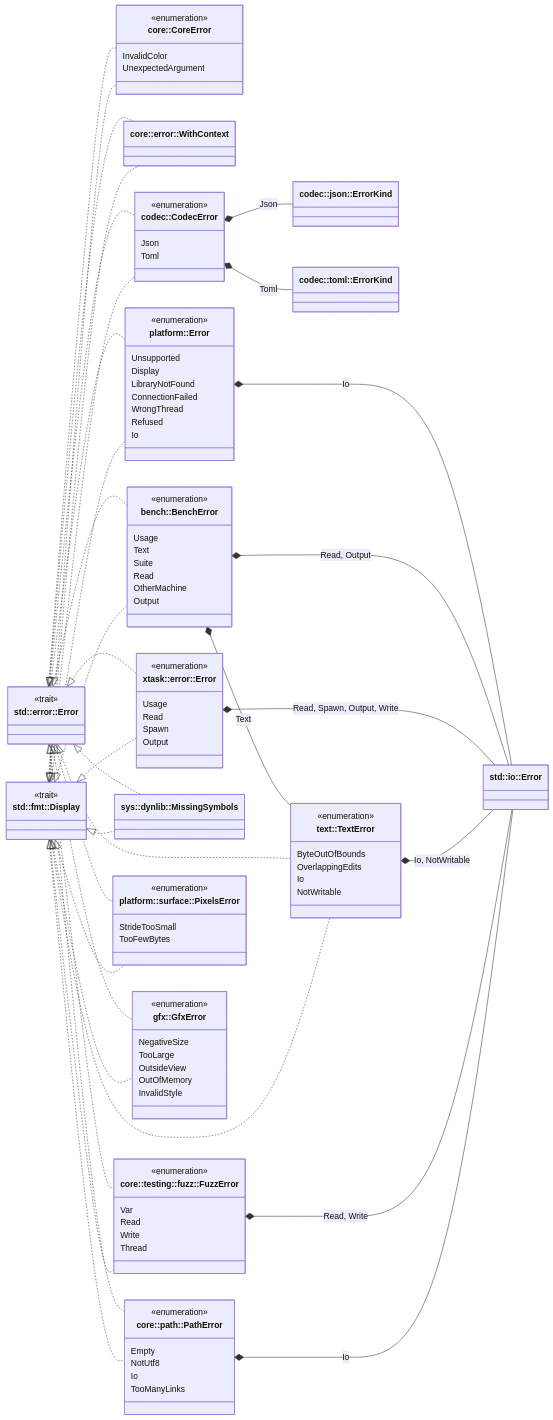
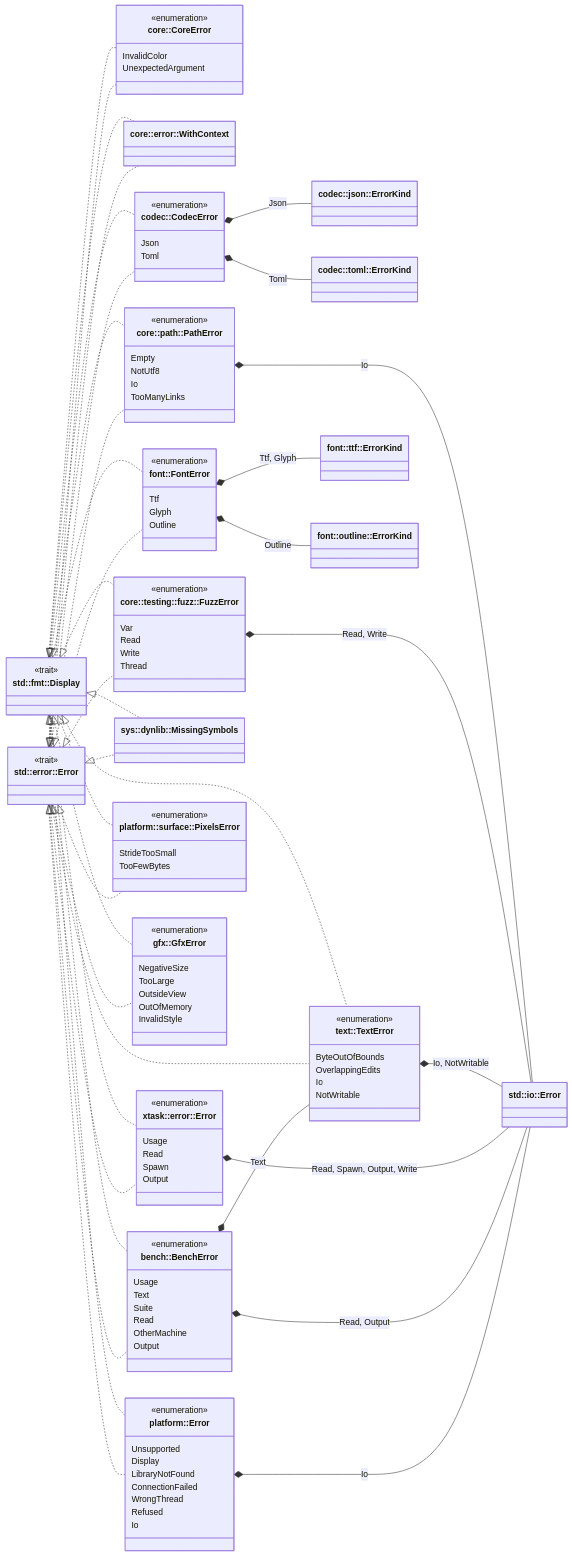
One commit to jabbott-iii/Tidepool changed diagram 39 of 39 in diagrams/class-diagrams.md. Above: the diagram before and after it, drawn with Mermaid. The commit also changed other lines of this file and 66 other files, not shown here.

First line of the commit message:
font: TrueType parser, outline rasterizer and bundled fonts (M2.8)

```diff
--- a/diagrams/class-diagrams.md
+++ b/diagrams/class-diagrams.md
@@ -3234,6 +3381,14 @@
         OutOfMemory
         InvalidStyle
     }
+    class FontError["font::FontError"] {
+        <<enumeration>>
+        Ttf
+        Glyph
+        Outline
+    }
+    class TtfErrorKind["font::ttf::ErrorKind"]
+    class OutlineErrorKind["font::outline::ErrorKind"]
     class BenchError["bench::BenchError"] {
         <<enumeration>>
         Usage
@@ -3267,6 +3422,10 @@
     StdError <|.. PixelsError
     Display <|.. GfxError
     StdError <|.. GfxError
+    Display <|.. FontError
+    StdError <|.. FontError
+    FontError *-- TtfErrorKind : Ttf, Glyph
+    FontError *-- OutlineErrorKind : Outline
     CodecError *-- JsonErrorKind : Json
     CodecError *-- TomlErrorKind : Toml
     PathError *-- IoError : Io
```
